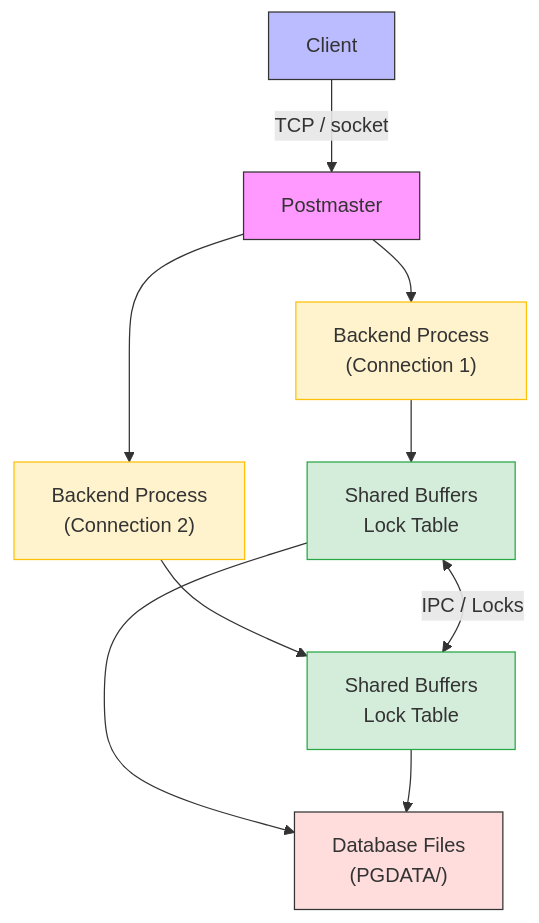
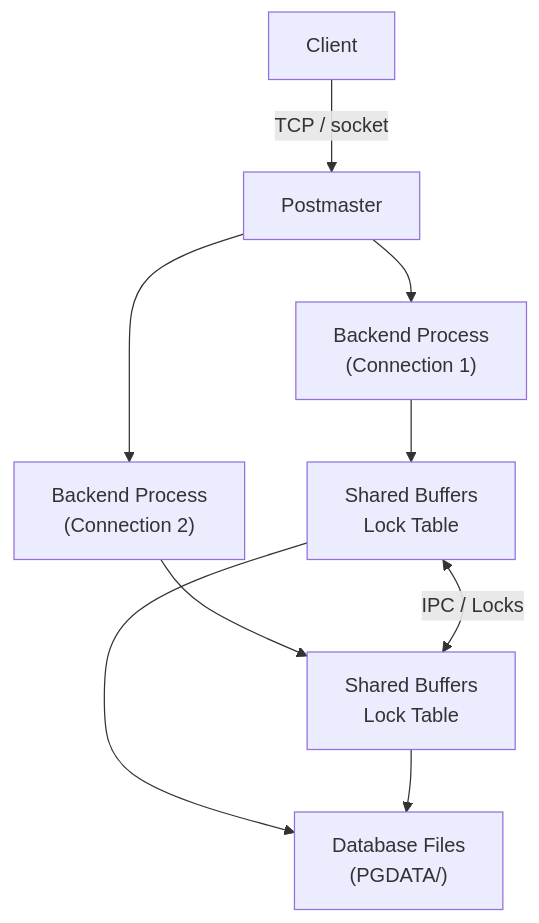
Before and after one commit to KnightKnight27/scaler-Adv-DBMS: the first of 4 diagrams in System_Design_Docs/postgresql-vs-sqlite/README.md, drawn with Mermaid. The commit also changed other lines of this file and 3 other files, not shown here.

Commit message:
chore: change styling for diagrams

````diff
--- a/System_Design_Docs/postgresql-vs-sqlite/README.md
+++ b/System_Design_Docs/postgresql-vs-sqlite/README.md
@@ -21,19 +21,11 @@
 ```mermaid
 graph TD
     Client[Client] -->|TCP / socket| Postmaster[Postmaster]
     Postmaster --> BP1["Backend Process<br>(Connection 1)"]
     Postmaster --> BP2["Backend Process<br>(Connection 2)"]
     BP1 --> SB1["Shared Buffers<br>Lock Table"]
     BP2 --> SB2["Shared Buffers<br>Lock Table"]
     SB1 <-->|IPC / Locks| SB2
     SB1 --> DF["Database Files<br>(PGDATA/)"]
     SB2 --> DF
-
-    style Client fill:#bbf,stroke:#333,stroke-width:1px
-    style Postmaster fill:#f9f,stroke:#333,stroke-width:1px
-    style BP1 fill:#fff3cd,stroke:#ffc107,stroke-width:1px
-    style BP2 fill:#fff3cd,stroke:#ffc107,stroke-width:1px
-    style SB1 fill:#d4edda,stroke:#28a745,stroke-width:1px
-    style SB2 fill:#d4edda,stroke:#28a745,stroke-width:1px
-    style DF fill:#fdd,stroke:#333,stroke-width:1px
 ```
````
